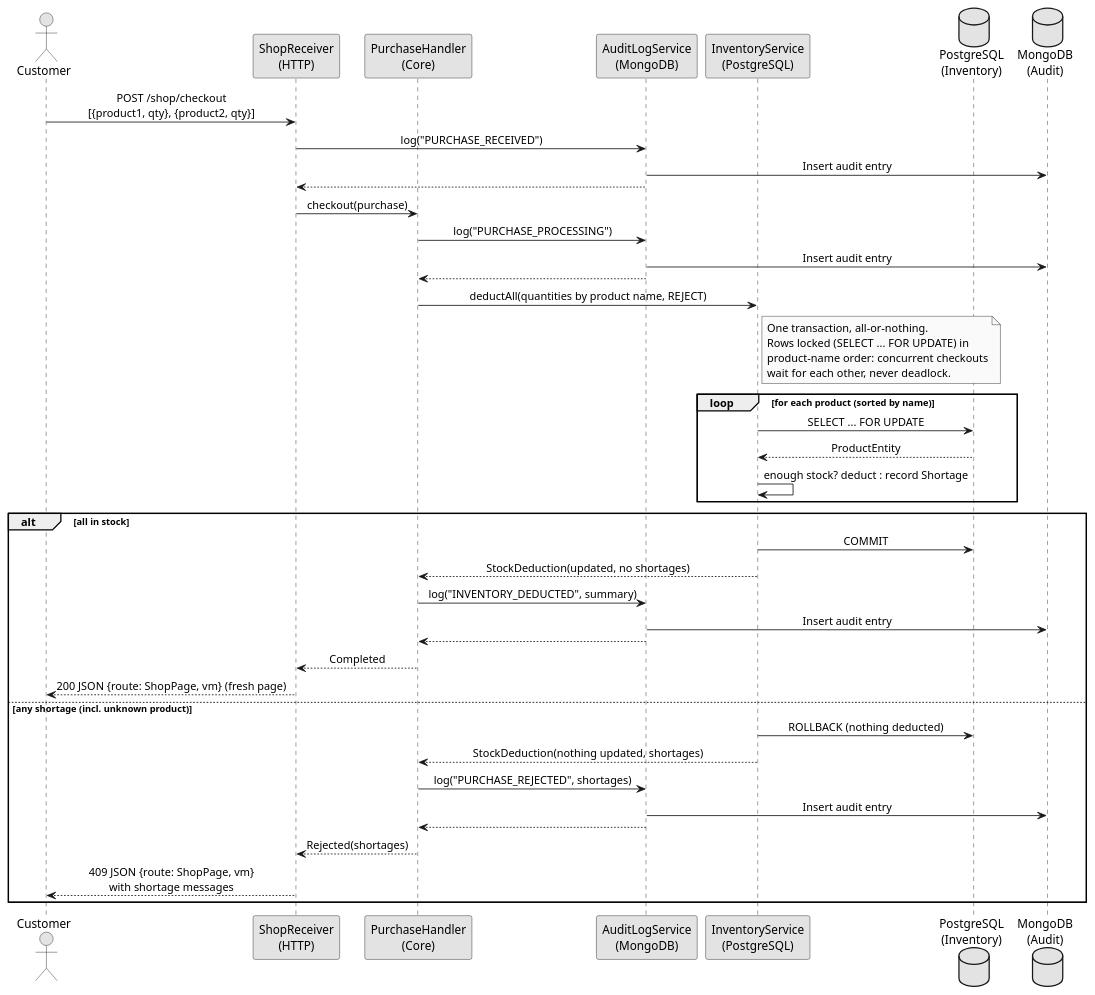
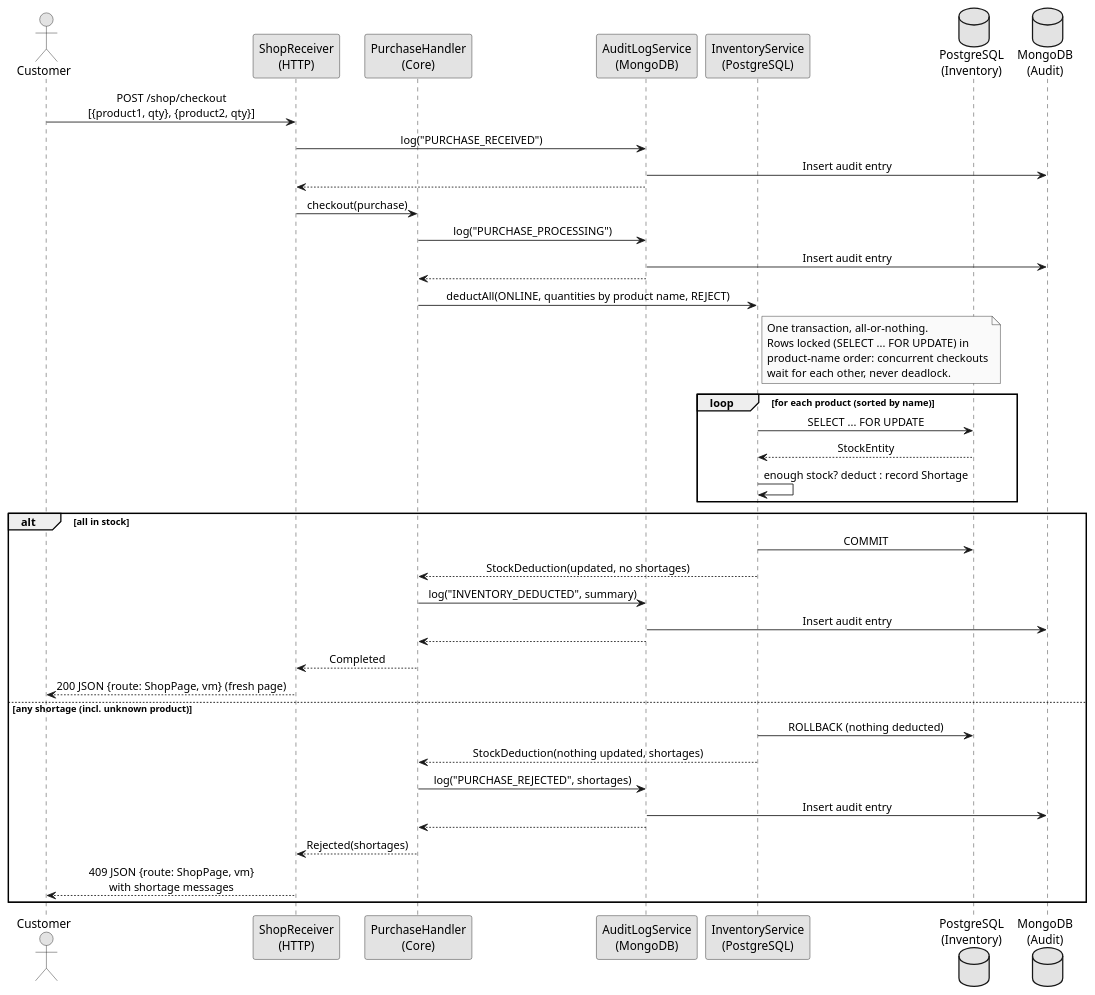
Before and after one commit to svene/2026-07-26_quarkus-hexagon-demo-mm-per-tech: the diagram in docs/architecture/flows/shop-checkout.puml, drawn with PlantUML. The commit also changed 103 other files, not shown here.

```diff
--- a/docs/architecture/flows/shop-checkout.puml
+++ b/docs/architecture/flows/shop-checkout.puml
@@ -1,53 +1,53 @@
 @startuml shop_checkout
 skinparam monochrome true
 skinparam sequenceMessageAlign center
 skinparam backgroundColor #ffffff
 
 actor "Customer" as user
 participant "ShopReceiver\n(HTTP)" as receiver
 participant "PurchaseHandler\n(Core)" as handler
 participant "AuditLogService\n(MongoDB)" as audit
 participant "InventoryService\n(PostgreSQL)" as inventory
 database "PostgreSQL\n(Inventory)" as db_inv
 database "MongoDB\n(Audit)" as db_audit
 
 user -> receiver: POST /shop/checkout\n[{product1, qty}, {product2, qty}]
 receiver -> audit: log("PURCHASE_RECEIVED")
 audit -> db_audit: Insert audit entry
 audit --> receiver
 receiver -> handler: checkout(purchase)
 handler -> audit: log("PURCHASE_PROCESSING")
 audit -> db_audit: Insert audit entry
 audit --> handler
 
-handler -> inventory: deductAll(quantities by product name, REJECT)
+handler -> inventory: deductAll(ONLINE, quantities by product name, REJECT)
 note right of inventory
   One transaction, all-or-nothing.
   Rows locked (SELECT ... FOR UPDATE) in
   product-name order: concurrent checkouts
   wait for each other, never deadlock.
 end note
 loop for each product (sorted by name)
   inventory -> db_inv: SELECT ... FOR UPDATE
-  db_inv --> inventory: ProductEntity
+  db_inv --> inventory: StockEntity
   inventory -> inventory: enough stock? deduct : record Shortage
 end
 alt all in stock
   inventory -> db_inv: COMMIT
   inventory --> handler: StockDeduction(updated, no shortages)
   handler -> audit: log("INVENTORY_DEDUCTED", summary)
   audit -> db_audit: Insert audit entry
   audit --> handler
   handler --> receiver: Completed
   receiver --> user: 200 JSON {route: ShopPage, vm} (fresh page)
 else any shortage (incl. unknown product)
   inventory -> db_inv: ROLLBACK (nothing deducted)
   inventory --> handler: StockDeduction(nothing updated, shortages)
   handler -> audit: log("PURCHASE_REJECTED", shortages)
   audit -> db_audit: Insert audit entry
   audit --> handler
   handler --> receiver: Rejected(shortages)
   receiver --> user: 409 JSON {route: ShopPage, vm}\nwith shortage messages
 end
 
 @enduml
```
